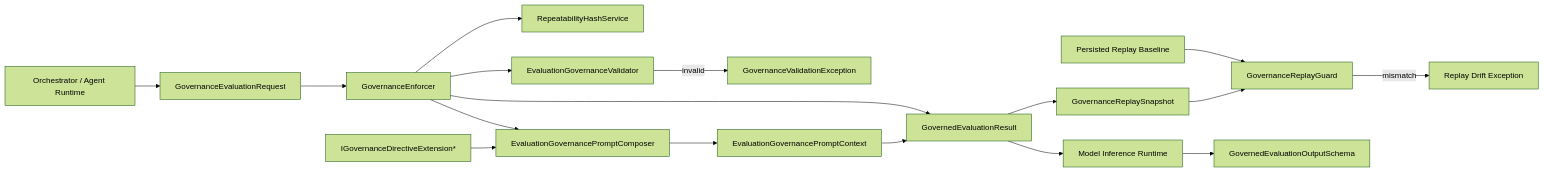
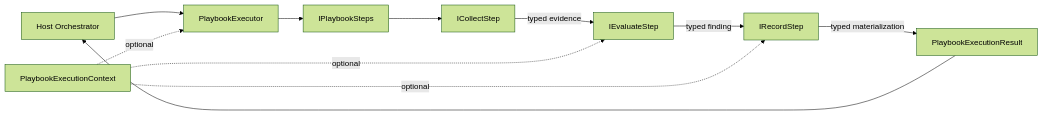
Before and after one commit to goodtocode/agents-playbook: the first of 2 diagrams in docs/product/sprint-0/agents-playbook-sprint-0-context-diagram.md, drawn with Mermaid (forest theme). The commit also changed other lines of this file and 132 other files, not shown here.

````diff
--- a/docs/product/sprint-0/agents-playbook-sprint-0-context-diagram.md
+++ b/docs/product/sprint-0/agents-playbook-sprint-0-context-diagram.md
@@ -10,19 +10,14 @@
 ```mermaid
 flowchart LR
-    Caller[Orchestrator / Agent Runtime] --> Request[GovernanceEvaluationRequest]
-    Request --> Enforcer[GovernanceEnforcer]
-    Enforcer --> Hash[RepeatabilityHashService]
-    Enforcer --> Validator[EvaluationGovernanceValidator]
-    Validator -->|invalid| ValidationError[GovernanceValidationException]
-    Enforcer --> Composer[EvaluationGovernancePromptComposer]
-    Extension[IGovernanceDirectiveExtension*] --> Composer
-    Composer --> PromptCtx[EvaluationGovernancePromptContext]
-    Enforcer --> Result[GovernedEvaluationResult]
-    PromptCtx --> Result
-    Result --> Inference[Model Inference Runtime]
-    Baseline[Persisted Replay Baseline] --> ReplayGuard[GovernanceReplayGuard]
-    Result --> Snapshot[GovernanceReplaySnapshot]
-    Snapshot --> ReplayGuard
-    ReplayGuard -->|mismatch| Drift[Replay Drift Exception]
-    Inference --> Output[GovernedEvaluationOutputSchema]
+    Host[Host Orchestrator] --> Executor[PlaybookExecutor]
+    Definition[IPlaybookSteps]
+    Executor --> Definition
+    Definition --> Collect[ICollectStep]
+    Collect -->|typed evidence| Evaluate[IEvaluateStep]
+    Evaluate -->|typed finding| Record[IRecordStep]
+    Record -->|typed materialization| Result[PlaybookExecutionResult]
+    Context[PlaybookExecutionContext] -. optional .-> Executor
+    Context -. optional .-> Evaluate
+    Context -. optional .-> Record
+    Result --> Host
 ```
````
